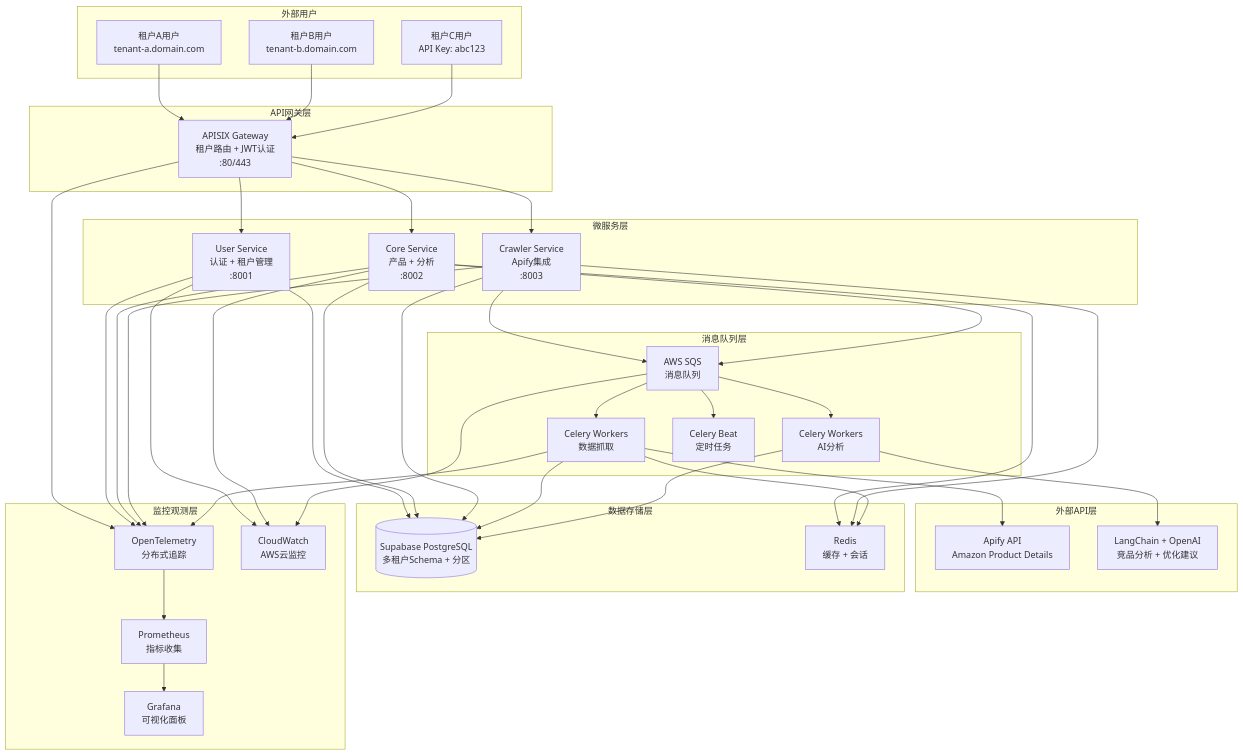
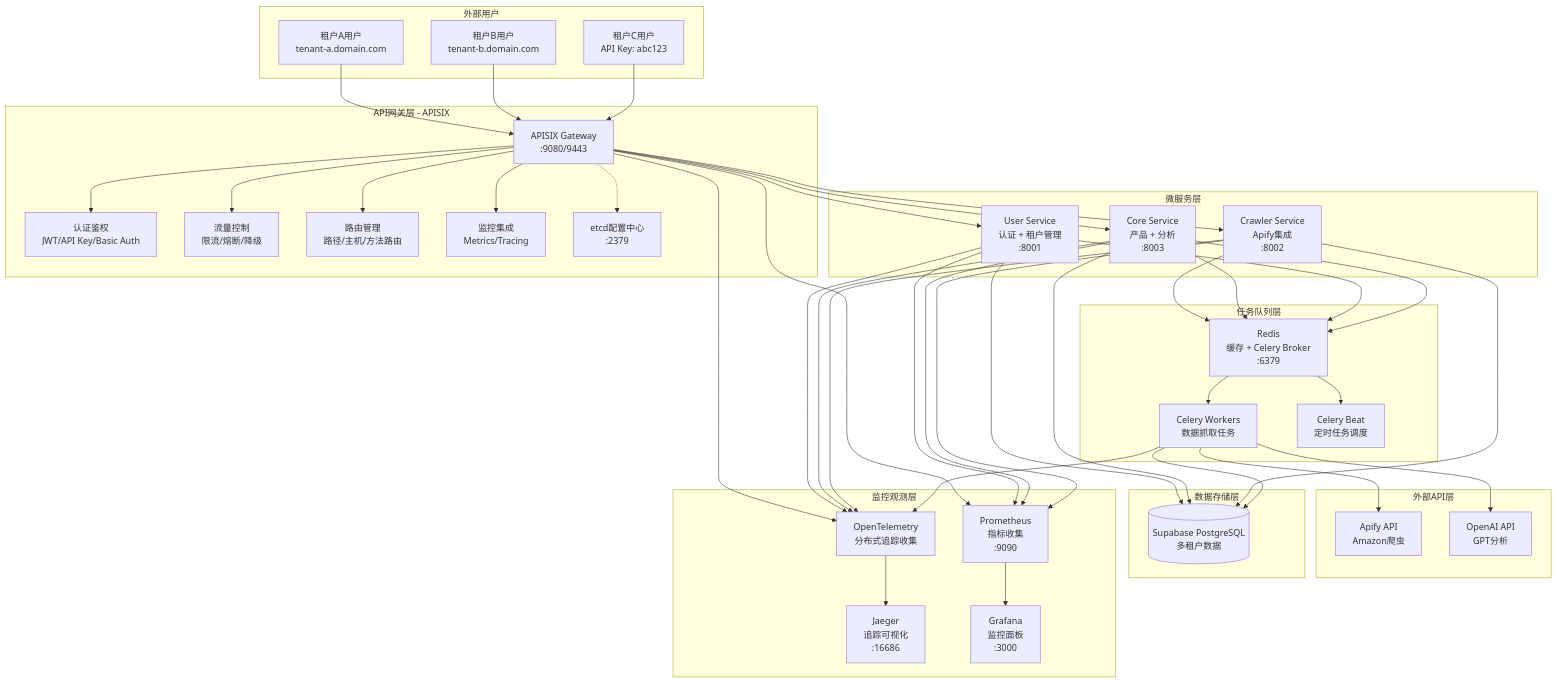
Before and after one commit to deep12398/amazon-test-case: the first of 2 diagrams in ARCHITECTURE.md, drawn with Mermaid. The commit also changed other lines of this file and 23 other files, not shown here.

Commit message:
Add initial documentation and deployment architecture for System

````diff
--- a/ARCHITECTURE.md
+++ b/ARCHITECTURE.md
@@ -165,55 +183,83 @@
         U3[租户C用户<br/>API Key: abc123]
     end
 
-    subgraph "API网关层"
-        U1 --> G[APISIX Gateway<br/>租户路由 + JWT认证<br/>:80/443]
+    subgraph "API网关层 - APISIX"
+        G[APISIX Gateway<br/>:9080/9443]
+        G1[认证鉴权<br/>JWT/API Key/Basic Auth]
+        G2[流量控制<br/>限流/熔断/降级]
+        G3[路由管理<br/>路径/主机/方法路由]
+        G4[监控集成<br/>Metrics/Tracing]
+        ETCD[etcd配置中心<br/>:2379]
+
+        U1 --> G
         U2 --> G
         U3 --> G
+        G --> G1
+        G --> G2
+        G --> G3
+        G --> G4
+        G -.-> ETCD
     end
 
     subgraph "微服务层"
-        G --> US[User Service<br/>认证 + 租户管理<br/>:8001]
-        G --> CS[Core Service<br/>产品 + 分析<br/>:8002]
-        G --> CRS[Crawler Service<br/>Apify集成<br/>:8003]
+        US[User Service<br/>认证 + 租户管理<br/>:8001]
+        CS[Core Service<br/>产品 + 分析<br/>:8003]
+        CRS[Crawler Service<br/>Apify集成<br/>:8002]
+
+        G --> US
+        G --> CS
+        G --> CRS
     end
 
-    subgraph "消息队列层"
-        CRS --> SQS[AWS SQS<br/>消息队列]
-        CS --> SQS
-        SQS --> CW[Celery Workers<br/>数据抓取]
-        SQS --> CAW[Celery Workers<br/>AI分析]
-        SQS --> CTW[Celery Beat<br/>定时任务]
+    subgraph "任务队列层"
+        R[Redis<br/>缓存 + Celery Broker<br/>:6379]
+        CW[Celery Workers<br/>数据抓取任务]
+        CB[Celery Beat<br/>定时任务调度]
+
+        CRS --> R
+        CS --> R
+        R --> CW
+        R --> CB
     end
 
     subgraph "外部API层"
-        CW --> AP[Apify API<br/>Amazon Product Details]
-        CAW --> LC[LangChain + OpenAI<br/>竞品分析 + 优化建议]
+        AP[Apify API<br/>Amazon爬虫]
+        OAI[OpenAI API<br/>GPT分析]
+
+        CW --> AP
+        CW --> OAI
     end
 
     subgraph "数据存储层"
-        US --> DB[(Supabase PostgreSQL<br/>多租户Schema + 分区)]
+        DB[(Supabase PostgreSQL<br/>多租户数据)]
+
+        US --> DB
         CS --> DB
         CRS --> DB
         CW --> DB
-        CAW --> DB
 
-        CS --> R[Redis<br/>缓存 + 会话]
-        CRS --> R
-        CW --> R
+        US --> R
+        CS --> R
     end
 
     subgraph "监控观测层"
-        G --> OT[OpenTelemetry<br/>分布式追踪]
+        OT[OpenTelemetry<br/>分布式追踪收集]
+        JG[Jaeger<br/>追踪可视化<br/>:16686]
+        P[Prometheus<br/>指标收集<br/>:9090]
+        GR[Grafana<br/>监控面板<br/>:3000]
+
+        G --> OT
         US --> OT
         CS --> OT
         CRS --> OT
         CW --> OT
 
-        OT --> P[Prometheus<br/>指标收集]
-        P --> GR[Grafana<br/>可视化面板]
+        OT --> JG
+        G --> P
+        US --> P
+        CS --> P
+        CRS --> P
 
-        US --> CW2[CloudWatch<br/>AWS云监控]
-        CS --> CW2
-        SQS --> CW2
+        P --> GR
     end
 ```
````
